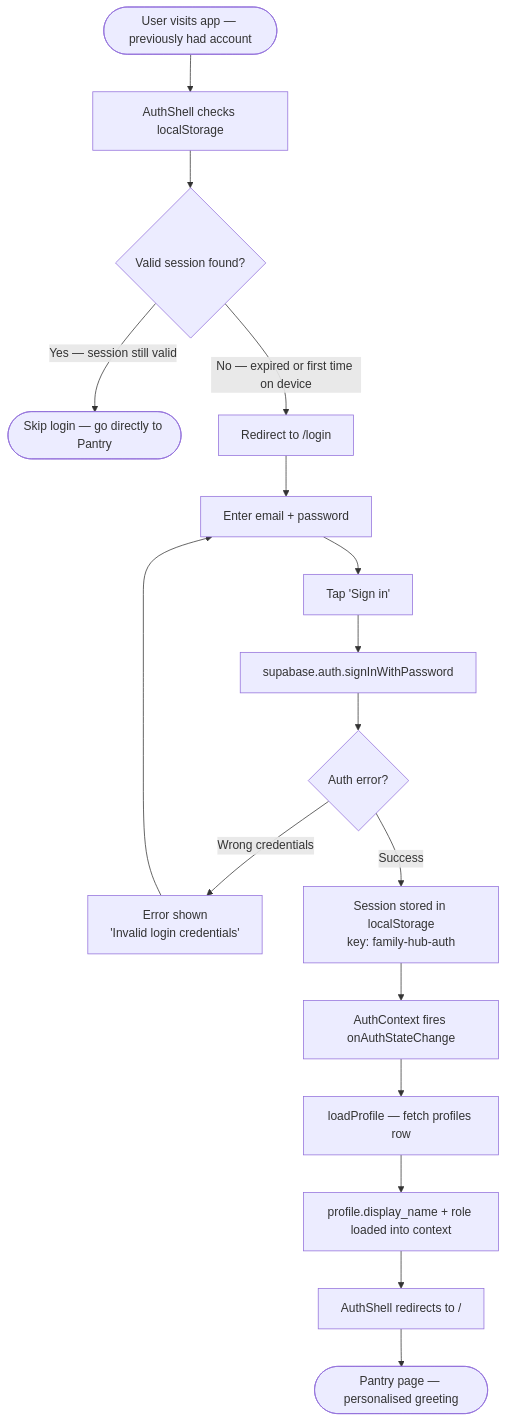
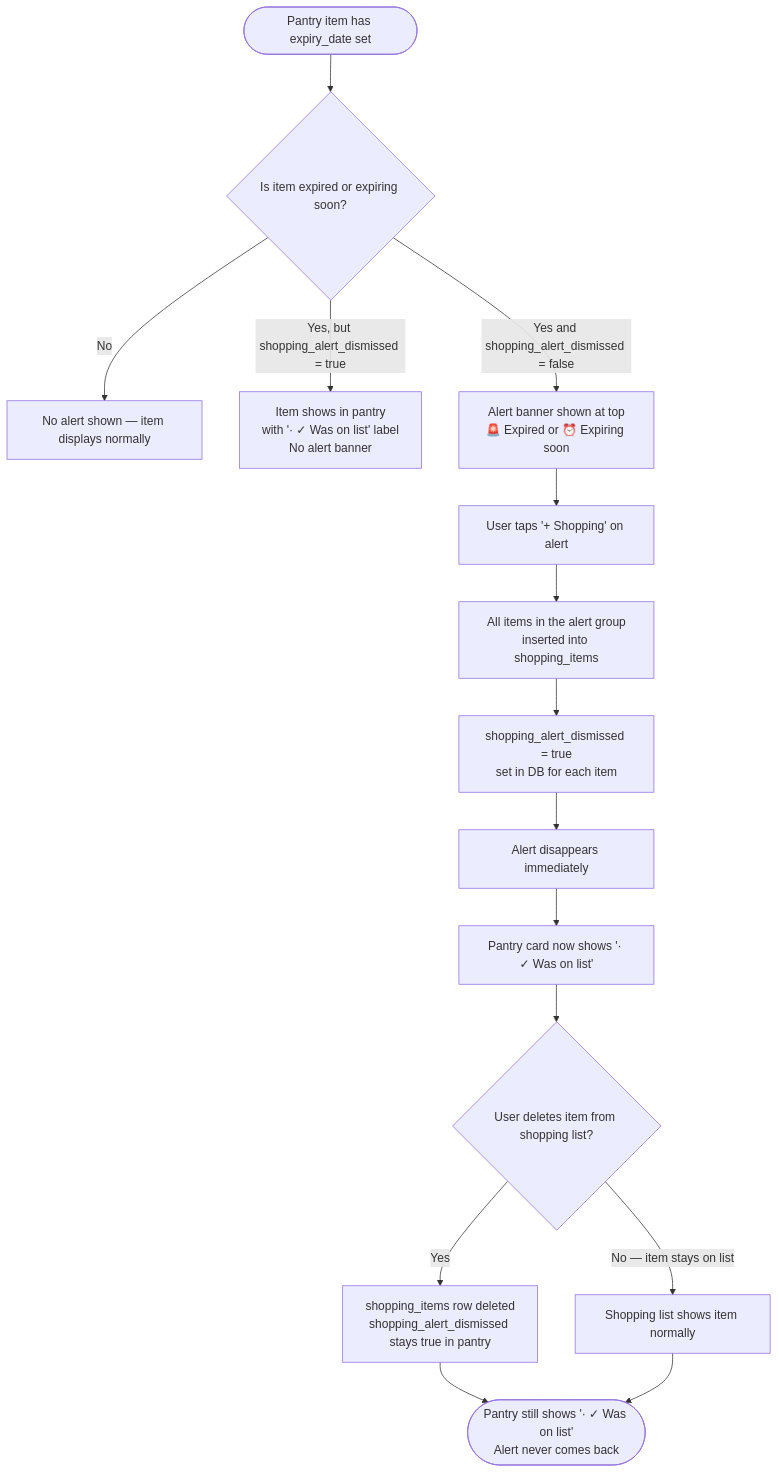
The fourth of 14 diagrams in docs/DIAGRAMS.md (JuliaBulg/family-hub), drawn with Mermaid before and after one commit. The commit also changed other lines of this file and 2 other files, not shown here.

First line of the commit message:
Update docs to v1.5 — session 7 complete

````diff
--- a/docs/DIAGRAMS.md
+++ b/docs/DIAGRAMS.md
@@ -173,22 +153,21 @@
 ```mermaid
 flowchart TD
-    A([User visits app — previously had account]) --> B[AuthShell checks localStorage]
-    B --> C{Valid session found?}
+    A([Pantry item has expiry_date set]) --> B{Is item expired or expiring soon?}
 
-    C -->|Yes — session still valid| D([Skip login — go directly to Pantry])
+    B -->|No| C[No alert shown — item displays normally]
+    B -->|Yes, but shopping_alert_dismissed = true| D[Item shows in pantry<br/>with '· ✓ Was on list' label<br/>No alert banner]
+    B -->|Yes and shopping_alert_dismissed = false| E[Alert banner shown at top<br/>🚨 Expired or ⏰ Expiring soon]
 
-    C -->|No — expired or first time on device| E[Redirect to /login]
-    E --> F[Enter email + password]
-    F --> G[Tap 'Sign in']
-    G --> H[supabase.auth.signInWithPassword]
+    E --> F[User taps '+ Shopping' on alert]
+    F --> G[All items in the alert group<br/>inserted into shopping_items]
+    G --> H[shopping_alert_dismissed = true<br/>set in DB for each item]
+    H --> I[Alert disappears immediately]
+    I --> J[Pantry card now shows '· ✓ Was on list']
 
-    H --> I{Auth error?}
-    I -->|Wrong credentials| J[Error shown<br/>'Invalid login credentials']
-    J --> F
-    I -->|Success| K[Session stored in localStorage<br/>key: family-hub-auth]
-    K --> L[AuthContext fires onAuthStateChange]
-    L --> M[loadProfile — fetch profiles row]
-    M --> N[profile.display_name + role loaded into context]
-    N --> O[AuthShell redirects to /]
-    O --> P([Pantry page — personalised greeting])
+    J --> K{User deletes item from shopping list?}
+    K -->|Yes| L[shopping_items row deleted<br/>shopping_alert_dismissed stays true in pantry]
+    K -->|No — item stays on list| M[Shopping list shows item normally]
+
+    L --> N([Pantry still shows '· ✓ Was on list'<br/>Alert never comes back])
+    M --> N
 ```
````
